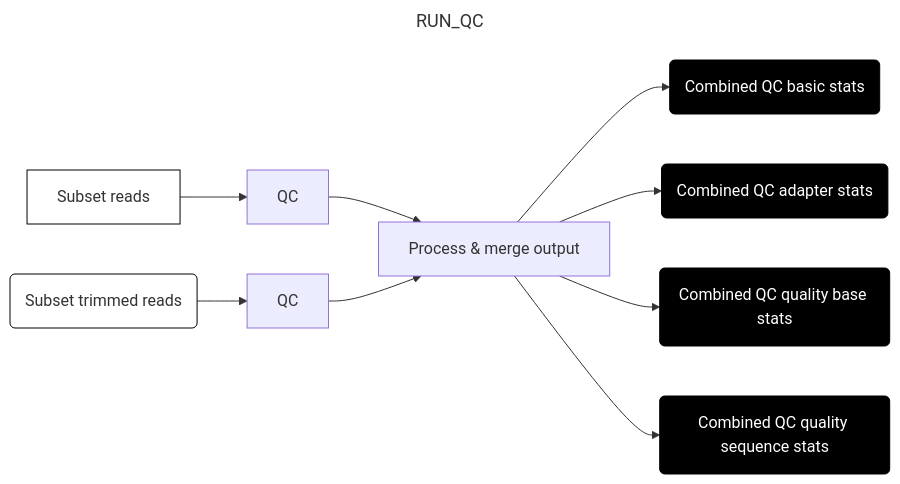
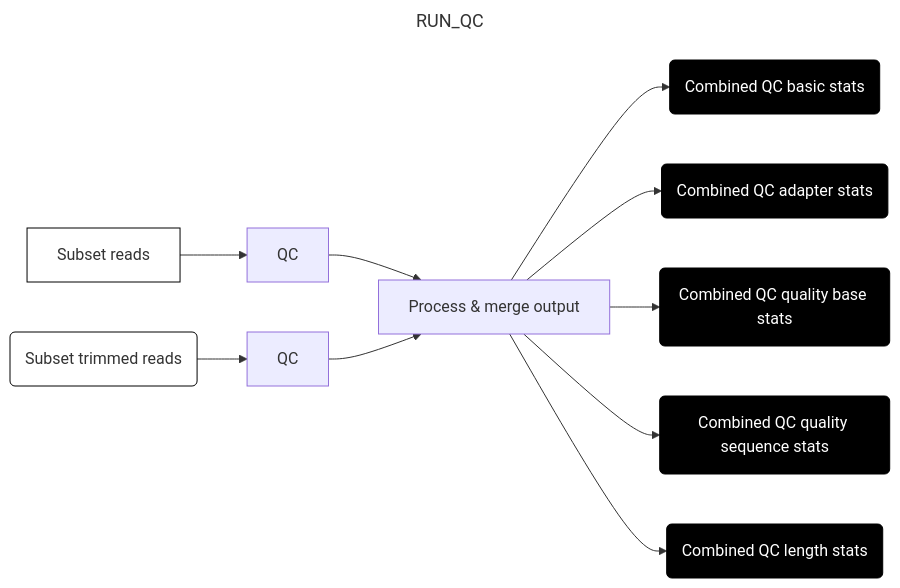
One commit to naobservatory/mgs-workflow changed the eighth of 8 diagrams in docs/run.md. Above: the diagram before and after it, drawn with Mermaid. The commit also changed other lines of this file, not shown here.

````diff
--- a/docs/run.md
+++ b/docs/run.md
@@ -282,21 +283,23 @@
 ```mermaid
 ---
 title: RUN_QC
 config:
   layout: horizontal
 ---
 flowchart LR
 A[Subset reads] --> B[QC]
 C(Subset trimmed reads) --> D[QC]
 B & D --> E[Process & merge output]
 E --> F(Combined QC basic stats)
 E --> G(Combined QC adapter stats)
 E --> H(Combined QC quality base stats)
 E --> I(Combined QC quality sequence stats)
+E --> J(Combined QC length stats)
 style A fill:#fff,stroke:#000
 style C fill:#fff,stroke:#000
 style F fill:#000,color:#fff,stroke:#000
 style G fill:#000,color:#fff,stroke:#000
 style H fill:#000,color:#fff,stroke:#000
 style I fill:#000,color:#fff,stroke:#000
+style J fill:#000,color:#fff,stroke:#000
 ```
````
